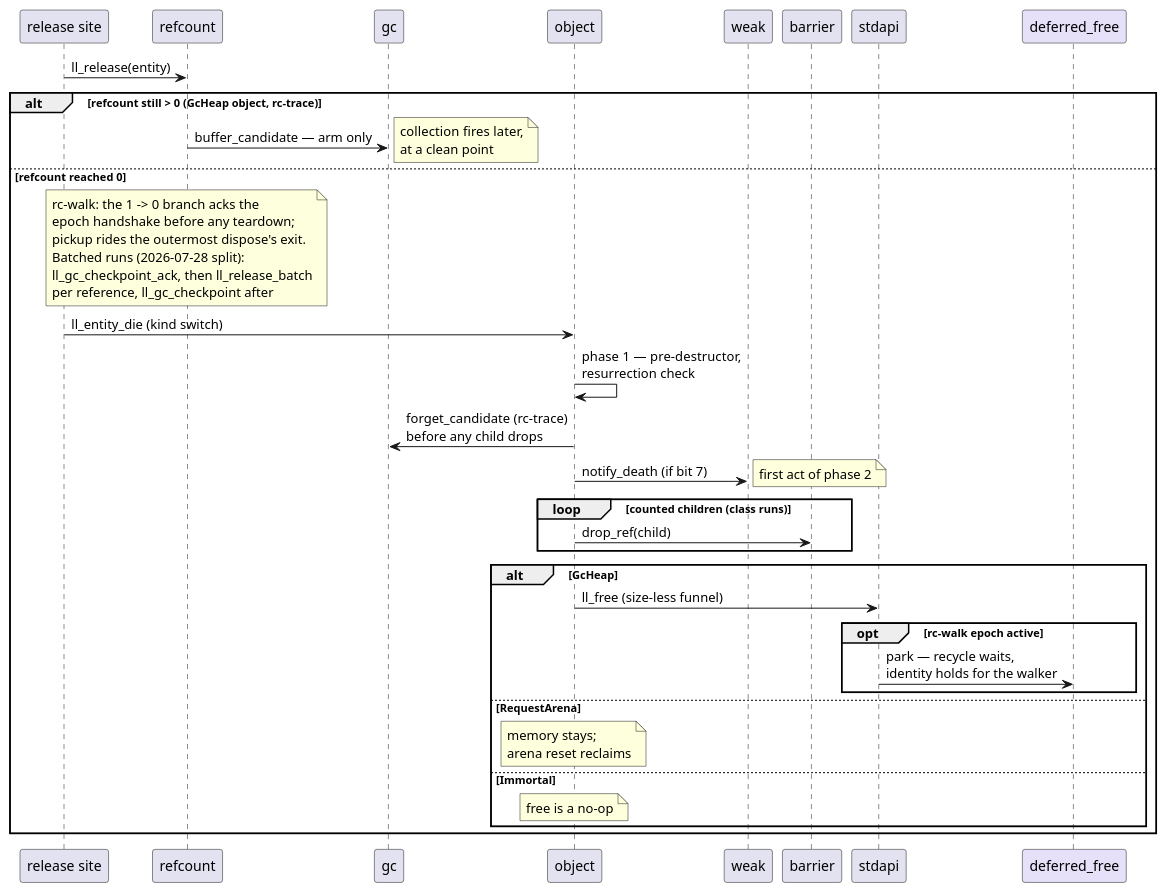
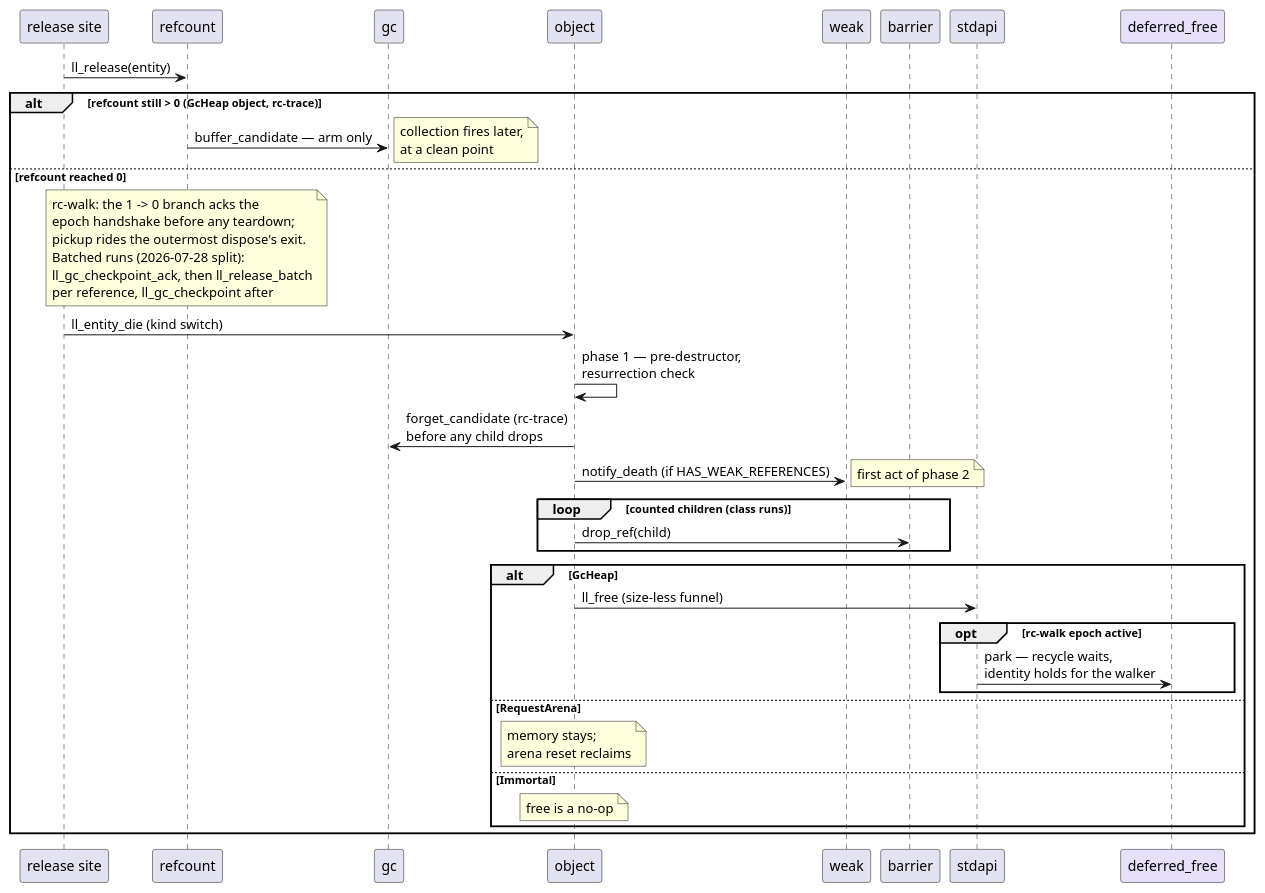
The fifth of 7 diagrams in docs/architecture.md (limelight-lang/model), drawn with PlantUML before and after one commit. The commit also changed other lines of this file and 16 other files, not shown here.

````diff
--- a/docs/architecture.md
+++ b/docs/architecture.md
@@ -293,39 +293,39 @@
 ```plantuml
 @startuml
 skinparam shadowing false
 participant "release site" as site
 participant refcount
 participant gc
 participant object
 participant weak
 participant barrier
 participant stdapi
 participant deferred_free as deferred #E6E0F8
 
 site -> refcount : ll_release(entity)
 alt refcount still > 0 (GcHeap object, rc-trace)
   refcount -> gc : buffer_candidate — arm only
   note right : collection fires later,\nat a clean point
 else refcount reached 0
   note over refcount : rc-walk: the 1 -> 0 branch acks the\nepoch handshake before any teardown;\npickup rides the outermost dispose's exit.\nBatched runs (2026-07-28 split):\nll_gc_checkpoint_ack, then ll_release_batch\nper reference, ll_gc_checkpoint after
   site -> object : ll_entity_die (kind switch)
   object -> object : phase 1 — pre-destructor,\nresurrection check
   object -> gc : forget_candidate (rc-trace)\nbefore any child drops
-  object -> weak : notify_death (if bit 7)
+  object -> weak : notify_death (if HAS_WEAK_REFERENCES)
   note right : first act of phase 2
   loop counted children (class runs)
     object -> barrier : drop_ref(child)
   end
   alt GcHeap
     object -> stdapi : ll_free (size-less funnel)
     opt rc-walk epoch active
       stdapi -> deferred : park — recycle waits,\nidentity holds for the walker
     end
   else RequestArena
     note over object : memory stays;\narena reset reclaims
   else Immortal
     note over object : free is a no-op
   end
 end
 @enduml
 ```
````
